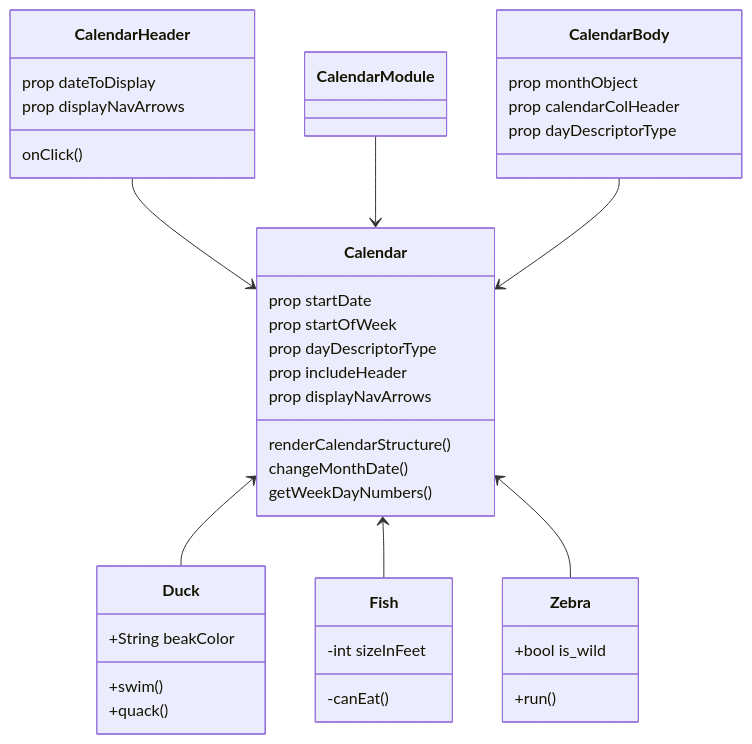
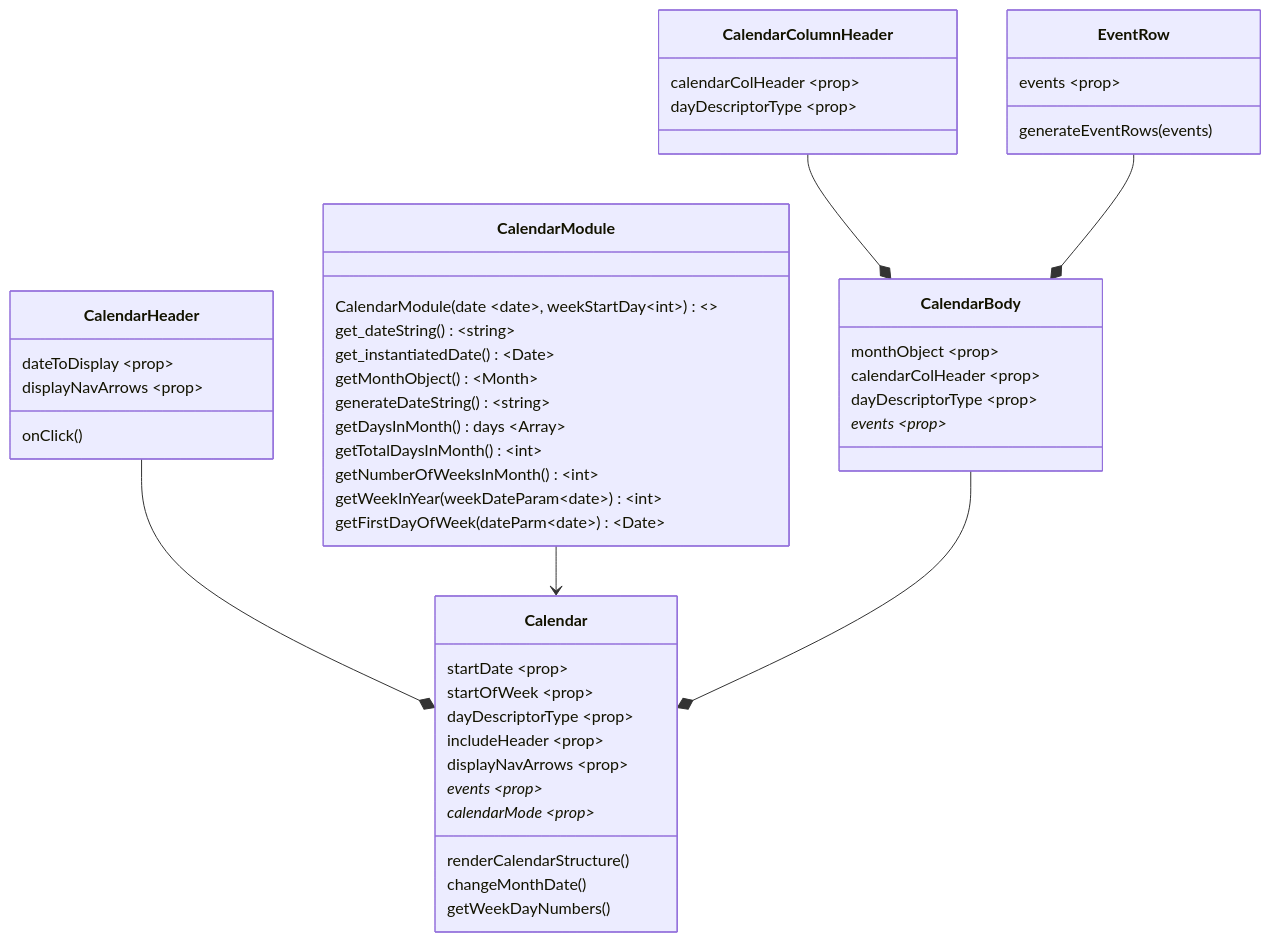
Before and after one commit to jaywalker76/calendar: the diagram in diagram.mmd, drawn with Mermaid. The commit also changed other lines of this file and 2 other files, not shown here.

Commit message:
add updated diagrams

```diff
--- a/diagram.mmd
+++ b/diagram.mmd
@@ -1,39 +1,59 @@
 classDiagram
-CalendarHeader --> Calendar
+CalendarHeader --* Calendar
 CalendarModule --> Calendar
-CalendarBody --> Calendar
-Calendar <-- Duck
-Calendar <-- Fish
-Calendar <-- Zebra
+CalendarColumnHeader --* CalendarBody
+CalendarBody --* Calendar
+EventRow --* CalendarBody
+
+class CalendarModule{
+CalendarModule(date ~date~, weekStartDay~int~)<<Constructor>>
+get_dateString() ~string~
+get_instantiatedDate() ~Date~
+getMonthObject() ~Month~
+generateDateString() ~string~
+getDaysInMonth() days ~Array~
+getTotalDaysInMonth() ~int~
+getNumberOfWeeksInMonth() ~int~
+getWeekInYear(weekDateParam~date~) ~int~
+getFirstDayOfWeek(dateParm~date~) ~Date~
+}
+
+class CalendarColumnHeader{
+calendarColHeader ~prop~
+dayDescriptorType ~prop~
+}
+
+class CalendarBody{
+monthObject ~prop~
+calendarColHeader ~prop~
+dayDescriptorType ~prop~
+events ~prop~*
+ }
+
+class EventRow{
+events ~prop~
+generateEventRows(events)
+
+}
 
 
-CalendarBody: prop monthObject
-CalendarBody: prop calendarColHeader
-CalendarBody: prop dayDescriptorType
+class CalendarHeader{
+dateToDisplay ~prop~
+displayNavArrows ~prop~
+onClick()
+}
 
-CalendarHeader: prop dateToDisplay
-CalendarHeader: prop displayNavArrows
-CalendarHeader: onClick()
 
-Calendar :prop startDate
-Calendar :prop startOfWeek
-Calendar :prop dayDescriptorType
-Calendar :prop includeHeader
-Calendar :prop displayNavArrows
-Calendar: renderCalendarStructure()
-Calendar: changeMonthDate()
-Calendar: getWeekDayNumbers()
+class Calendar{
+startDate ~prop~
+startOfWeek ~prop~
+dayDescriptorType ~prop~
+includeHeader ~prop~
+displayNavArrows ~prop~
+events ~prop~*
+calendarMode ~prop~*
 
-class Duck{
-+String beakColor
-+swim()
-+quack()
+renderCalendarStructure()
+changeMonthDate()
+getWeekDayNumbers()
 }
-class Fish{
--int sizeInFeet
--canEat()
-}
-class Zebra{
-+bool is_wild
-+run()
-}
```
